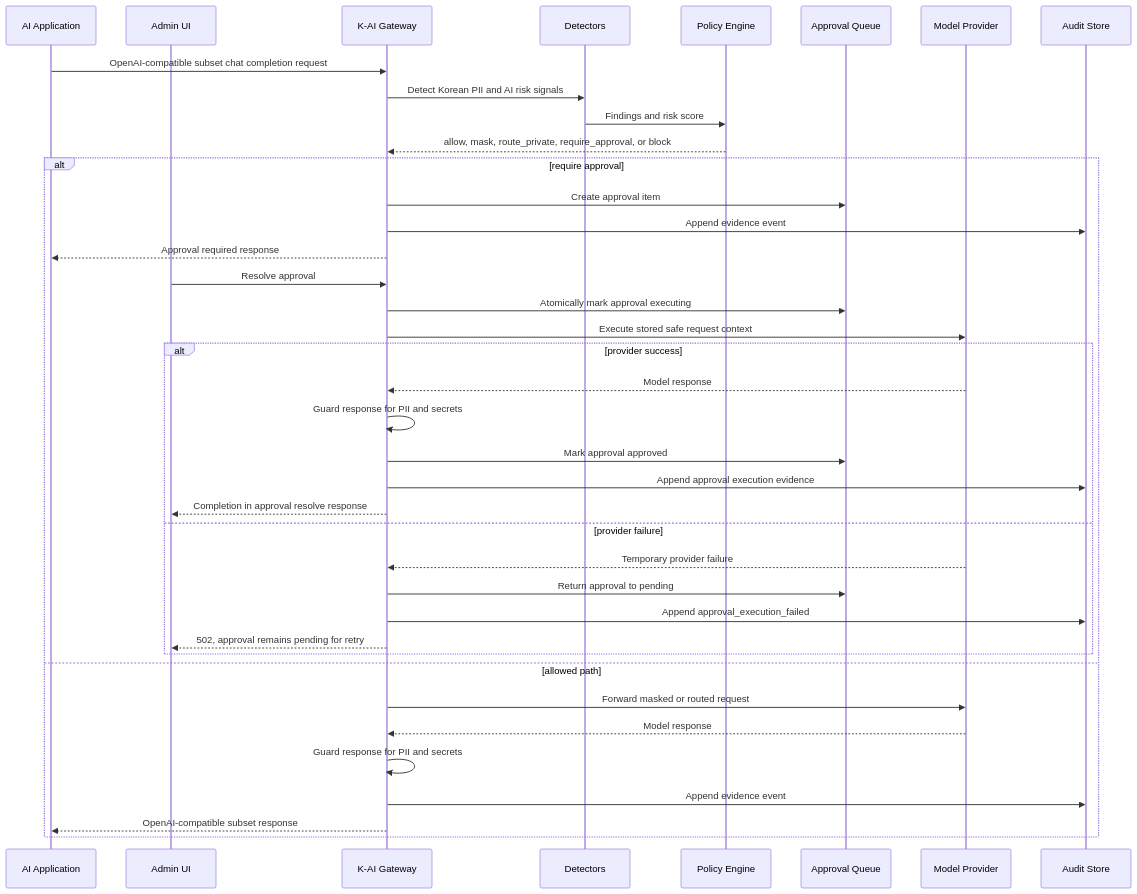
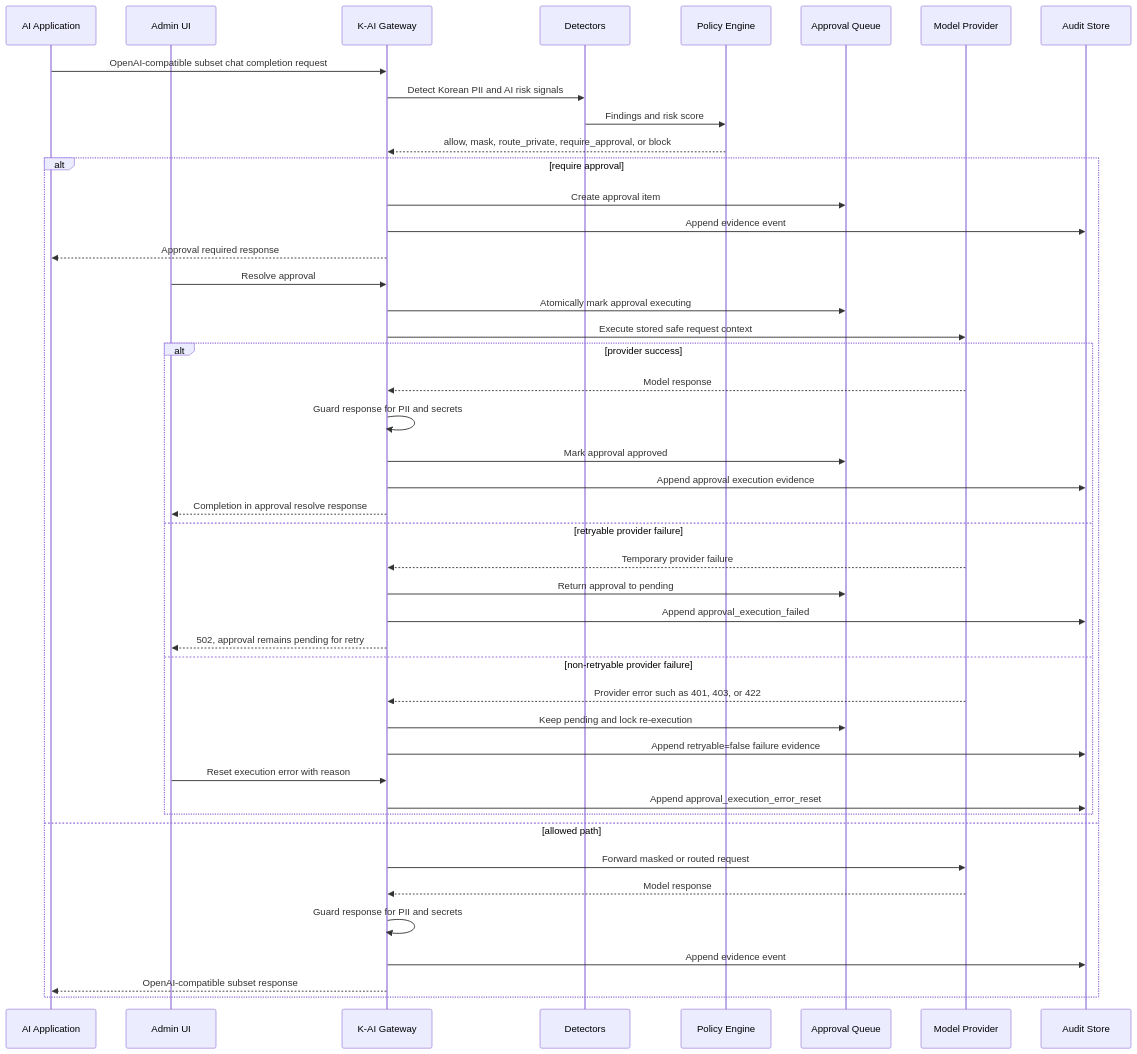
The second of 2 diagrams in README.md (sinmb79/k-ai-security-gateway), drawn with Mermaid before and after one commit. The commit also changed other lines of this file and 11 other files, not shown here.

Commit message:
fix: require reset for nonretryable approval failures (#10)

````diff
--- a/README.md
+++ b/README.md
@@ -71,42 +71,48 @@
 ```mermaid
 sequenceDiagram
     participant App as AI Application
     participant Admin as Admin UI
     participant GW as K-AI Gateway
     participant D as Detectors
     participant P as Policy Engine
     participant Q as Approval Queue
     participant M as Model Provider
     participant A as Audit Store
 
     App->>GW: OpenAI-compatible subset chat completion request
     GW->>D: Detect Korean PII and AI risk signals
     D->>P: Findings and risk score
     P-->>GW: allow, mask, route_private, require_approval, or block
     alt require approval
         GW->>Q: Create approval item
         GW->>A: Append evidence event
         GW-->>App: Approval required response
         Admin->>GW: Resolve approval
         GW->>Q: Atomically mark approval executing
         GW->>M: Execute stored safe request context
         alt provider success
             M-->>GW: Model response
             GW->>GW: Guard response for PII and secrets
             GW->>Q: Mark approval approved
             GW->>A: Append approval execution evidence
             GW-->>Admin: Completion in approval resolve response
-        else provider failure
+        else retryable provider failure
             M-->>GW: Temporary provider failure
             GW->>Q: Return approval to pending
             GW->>A: Append approval_execution_failed
             GW-->>Admin: 502, approval remains pending for retry
+        else non-retryable provider failure
+            M-->>GW: Provider error such as 401, 403, or 422
+            GW->>Q: Keep pending and lock re-execution
+            GW->>A: Append retryable=false failure evidence
+            Admin->>GW: Reset execution error with reason
+            GW->>A: Append approval_execution_error_reset
         end
     else allowed path
         GW->>M: Forward masked or routed request
         M-->>GW: Model response
         GW->>GW: Guard response for PII and secrets
         GW->>A: Append evidence event
         GW-->>App: OpenAI-compatible subset response
     end
 ```
````
